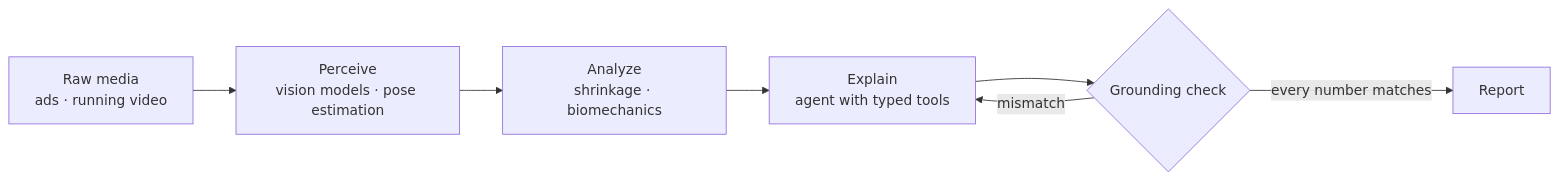
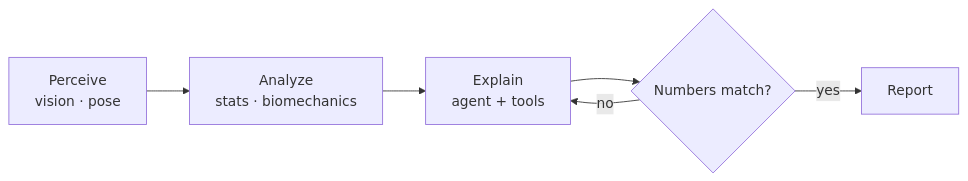
Before and after one commit to carsonturnr/carsonturnr: the diagram in README.md, drawn with Mermaid. The commit also changed other lines of this file and 1 other file, not shown here.

````diff
--- a/README.md
+++ b/README.md
@@ -56,9 +58,8 @@
 ```mermaid
 flowchart LR
-    A[Raw media<br/>ads · running video] --> B[Perceive<br/>vision models · pose estimation]
-    B --> C[Analyze<br/>shrinkage · biomechanics]
-    C --> D[Explain<br/>agent with typed tools]
-    D --> E{Grounding check}
-    E -->|every number matches| F[Report]
-    E -->|mismatch| D
+    A[Perceive<br/>vision · pose] --> B[Analyze<br/>stats · biomechanics]
+    B --> C[Explain<br/>agent + tools]
+    C --> D{Numbers match?}
+    D -->|yes| E[Report]
+    D -->|no| C
 ```
````
